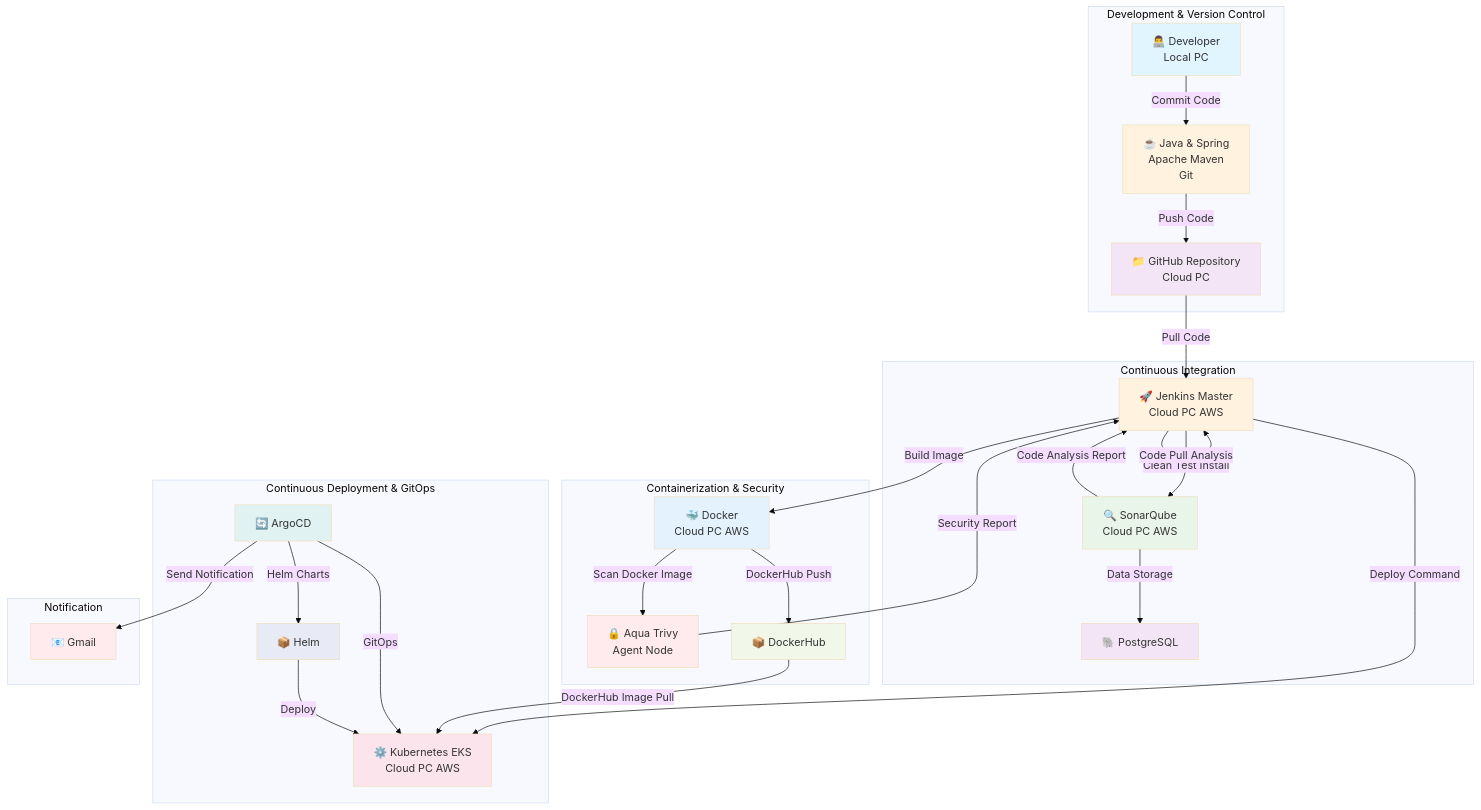
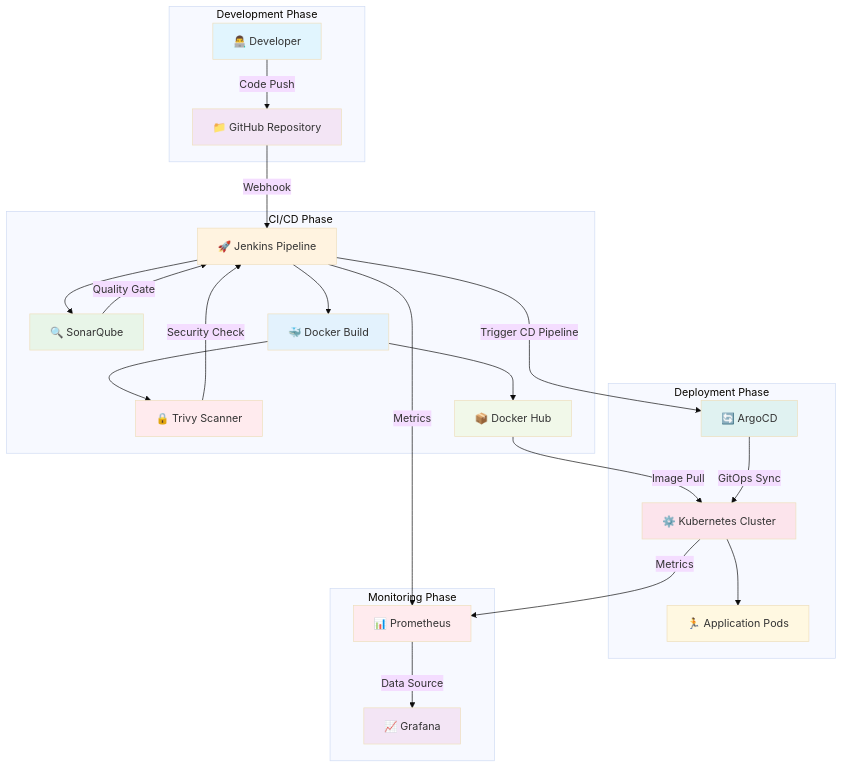
The first of 7 diagrams in README.md (onurglr/aws-pipeline), drawn with Mermaid (base theme) before and after one commit. The commit also changed other lines of this file and 1 other file, not shown here.

````diff
--- a/README.md
+++ b/README.md
@@ -30,65 +27,56 @@
 ```mermaid
 graph TB
-    subgraph "Development & Version Control"
-        Dev[👨‍💻 Developer<br/>Local PC]
-        Java[☕ Java & Spring<br/>Apache Maven<br/>Git]
-        GH[📁 GitHub Repository<br/>Cloud PC]
-        
-        Dev -->|Commit Code| Java
-        Java -->|Push Code| GH
+    subgraph "Development Phase"
+        Dev[👨‍💻 Developer]
+        GH[📁 GitHub Repository]
+        Dev -->|Code Push| GH
     end
     
-    subgraph "Continuous Integration"
-        JM[🚀 Jenkins Master<br/>Cloud PC AWS]
-        SQ[🔍 SonarQube<br/>Cloud PC AWS]
-        PG[🐘 PostgreSQL]
+    subgraph "CI/CD Phase"
+        J[🚀 Jenkins Pipeline]
+        SQ[🔍 SonarQube]
+        D[🐳 Docker Build]
+        T[🔒 Trivy Scanner]
+        DH[📦 Docker Hub]
         
-        GH -->|Pull Code| JM
-        JM -->|Clean Test Install| JM
-        JM -->|Code Pull Analysis| SQ
-        SQ -->|Code Analysis Report| JM
-        SQ -->|Data Storage| PG
+        GH -->|Webhook| J
+        J --> SQ
+        J --> D
+        D --> T
+        D --> DH
+        SQ -->|Quality Gate| J
+        T -->|Security Check| J
     end
     
-    subgraph "Containerization & Security"
-        D[🐳 Docker<br/>Cloud PC AWS]
-        T[🔒 Aqua Trivy<br/>Agent Node]
-        DH[📦 DockerHub]
+    subgraph "Deployment Phase"
+        A[🔄 ArgoCD]
+        K[⚙️ Kubernetes Cluster]
+        App[🏃 Application Pods]
         
-        JM -->|Build Image| D
-        D -->|Scan Docker Image| T
-        T -->|Security Report| JM
-        D -->|DockerHub Push| DH
+        J -->|Trigger CD Pipeline| A
+        DH -->|Image Pull| K
+        A -->|GitOps Sync| K
+        K --> App
     end
     
-    subgraph "Continuous Deployment & GitOps"
-        K8S[⚙️ Kubernetes EKS<br/>Cloud PC AWS]
-        A[🔄 ArgoCD]
-        H[📦 Helm]
-        
-        JM -->|Deploy Command| K8S
-        DH -->|DockerHub Image Pull| K8S
-        A -->|GitOps| K8S
-        A -->|Helm Charts| H
-        H -->|Deploy| K8S
-    end
-    
-    subgraph "Notification"
-        Gmail[📧 Gmail]
-        A -->|Send Notification| Gmail
+    subgraph "Monitoring Phase"
+        P[📊 Prometheus]
+        G[📈 Grafana]
+        J -->|Metrics| P
+        K -->|Metrics| P
+        P -->|Data Source| G
     end
     
     style Dev fill:#e1f5fe
-    style Java fill:#fff3e0
     style GH fill:#f3e5f5
-    style JM fill:#fff3e0
+    style J fill:#fff3e0
     style SQ fill:#e8f5e8
-    style PG fill:#f3e5f5
+    style T fill:#ffebee
     style D fill:#e3f2fd
-    style T fill:#ffebee
     style DH fill:#f1f8e9
-    style K8S fill:#fce4ec
     style A fill:#e0f2f1
-    style H fill:#e8eaf6
-    style Gmail fill:#ffebee
+    style K fill:#fce4ec
+    style App fill:#fff8e1
+    style P fill:#ffebee
+    style G fill:#f3e5f5
 ```
````
